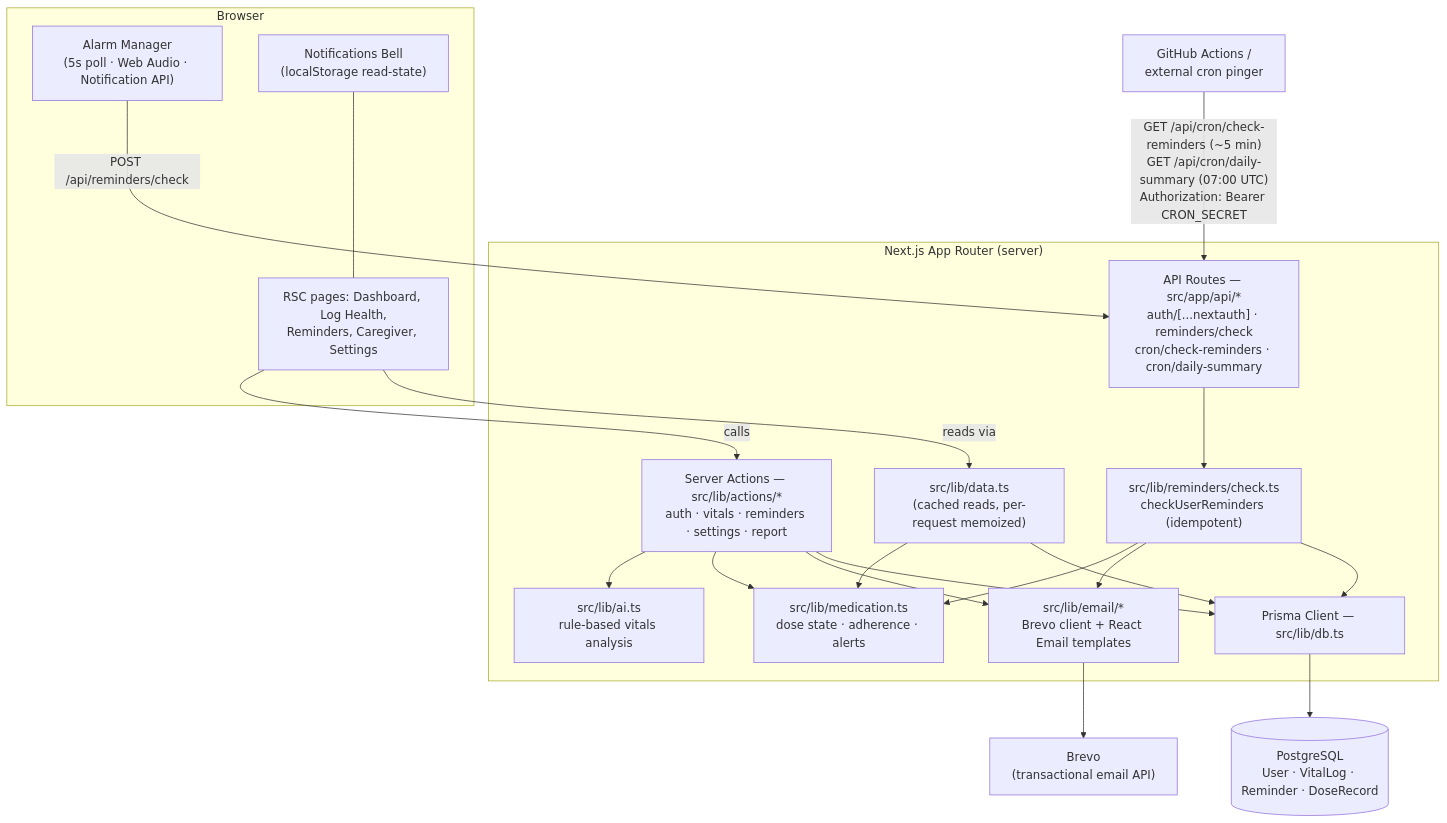
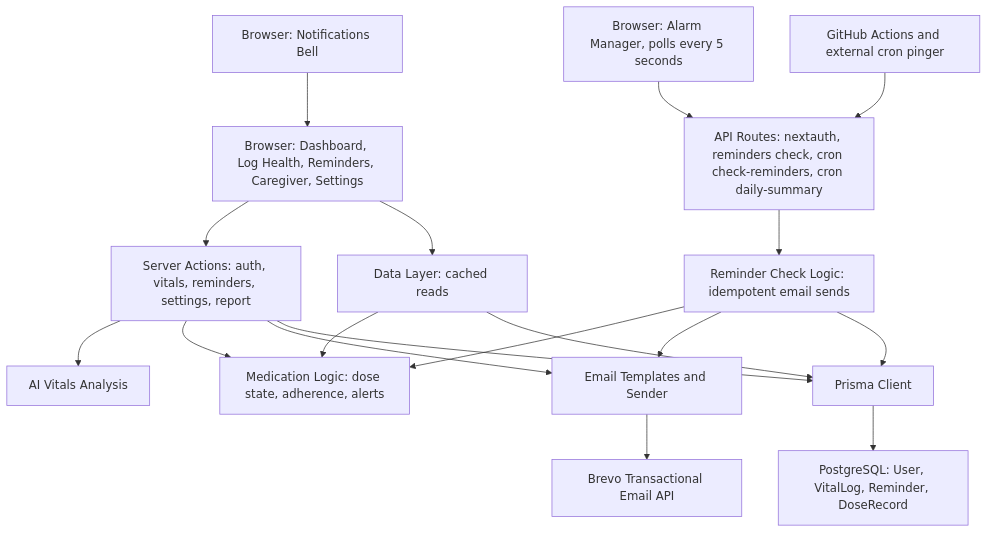
The diagram in README.md (Abdul-Salam15/VitalWatch), drawn with Mermaid before and after one commit.

Commit message:
Simplify Mermaid architecture diagram for GitHub rendering
Remove subgraphs, special characters, and multi-line edge labels that
caused GitHub's Mermaid renderer to fail with "Could not find a
suitable point for the given distance".

https://claude.ai/code/session_01KNTit55tC2vCr1tTPhqZT7

````diff
--- a/README.md
+++ b/README.md
@@ -71,46 +71,42 @@
 ```mermaid
 graph TB
-    subgraph Browser["Browser"]
-        Pages["RSC pages: Dashboard, Log Health,\nReminders, Caregiver, Settings"]
-        Alarm["Alarm Manager\n(5s poll · Web Audio · Notification API)"]
-        Bell["Notifications Bell\n(localStorage read-state)"]
-    end
+    Pages[Browser: Dashboard, Log Health, Reminders, Caregiver, Settings]
+    Alarm[Browser: Alarm Manager, polls every 5 seconds]
+    Bell[Browser: Notifications Bell]
 
-    subgraph Server["Next.js App Router (server)"]
-        Actions["Server Actions — src/lib/actions/*\nauth · vitals · reminders · settings · report"]
-        API["API Routes — src/app/api/*\nauth/[...nextauth] · reminders/check\ncron/check-reminders · cron/daily-summary"]
-        Data["src/lib/data.ts\n(cached reads, per-request memoized)"]
-        Medication["src/lib/medication.ts\ndose state · adherence · alerts"]
-        AI["src/lib/ai.ts\nrule-based vitals analysis"]
-        Reminders["src/lib/reminders/check.ts\ncheckUserReminders (idempotent)"]
-        EmailLib["src/lib/email/*\nBrevo client + React Email templates"]
-        Prisma["Prisma Client — src/lib/db.ts"]
-    end
+    Actions[Server Actions: auth, vitals, reminders, settings, report]
+    API[API Routes: nextauth, reminders check, cron check-reminders, cron daily-summary]
+    Data[Data Layer: cached reads]
+    Medication[Medication Logic: dose state, adherence, alerts]
+    AI[AI Vitals Analysis]
+    Reminders[Reminder Check Logic: idempotent email sends]
+    EmailLib[Email Templates and Sender]
+    Prisma[Prisma Client]
 
-    DB[("PostgreSQL\nUser · VitalLog · Reminder · DoseRecord")]
-    Brevo["Brevo\n(transactional email API)"]
-    Schedulers["GitHub Actions /\nexternal cron pinger"]
+    DB[PostgreSQL: User, VitalLog, Reminder, DoseRecord]
+    Brevo[Brevo Transactional Email API]
+    Schedulers[GitHub Actions and external cron pinger]
 
-    Pages -- "calls" --> Actions
-    Pages -- "reads via" --> Data
-    Alarm -- "POST /api/reminders/check" --> API
-    Bell --- Pages
+    Pages --> Actions
+    Pages --> Data
+    Alarm --> API
+    Bell --> Pages
 
     Actions --> AI
     Actions --> Medication
     Actions --> EmailLib
     Actions --> Prisma
 
     API --> Reminders
     Reminders --> Medication
     Reminders --> EmailLib
     Reminders --> Prisma
 
     Data --> Medication
     Data --> Prisma
 
     Prisma --> DB
     EmailLib --> Brevo
 
-    Schedulers -- "GET /api/cron/check-reminders (~5 min)\nGET /api/cron/daily-summary (07:00 UTC)\nAuthorization: Bearer CRON_SECRET" --> API
+    Schedulers --> API
 ```
````
